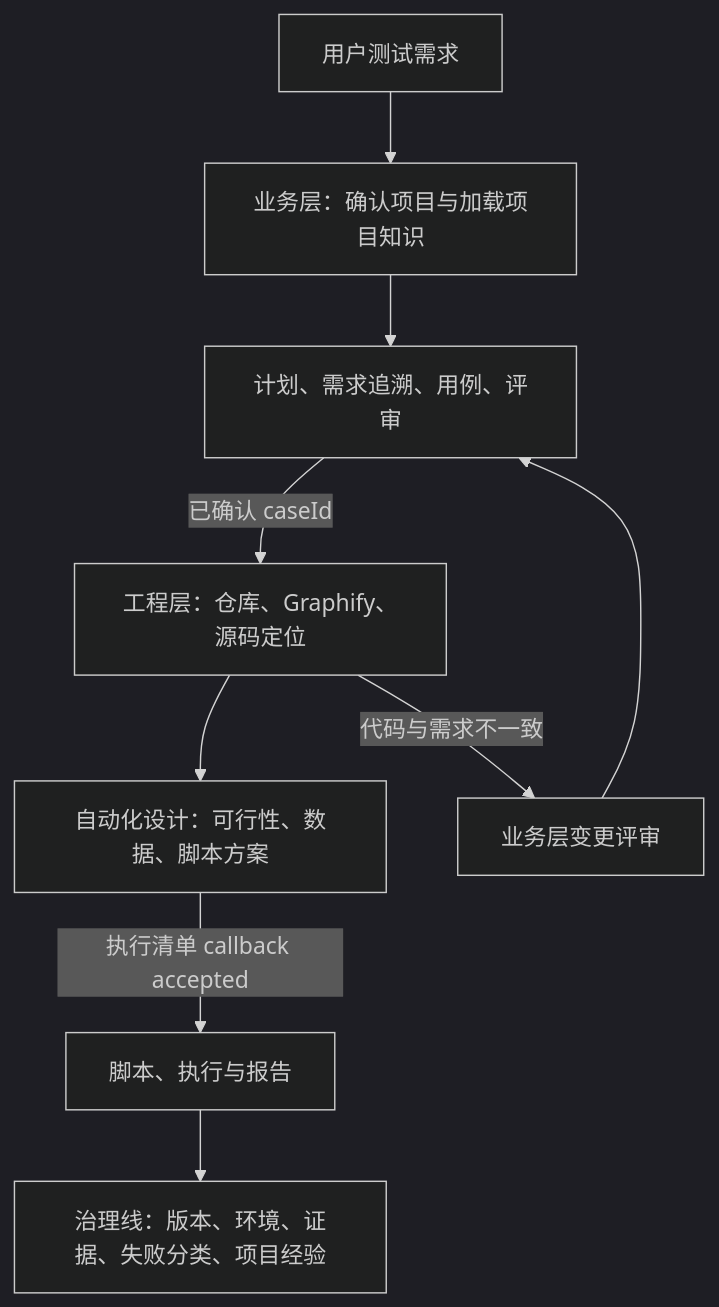
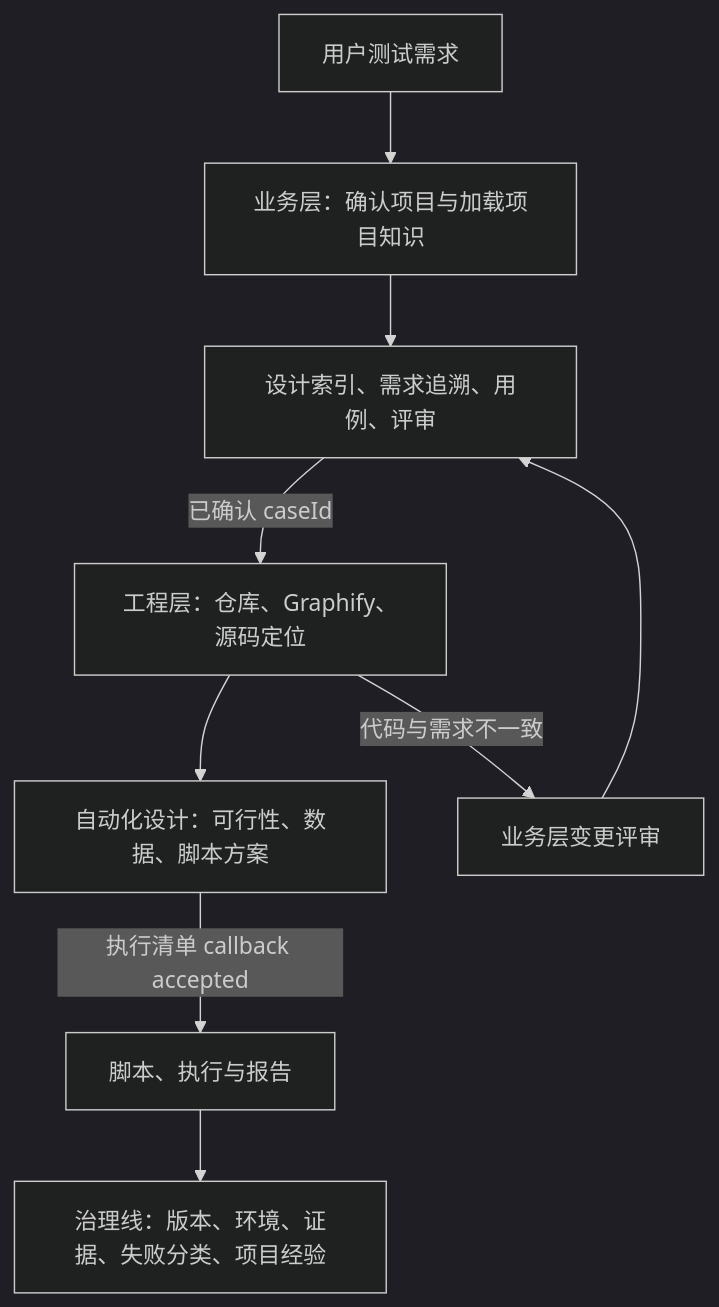
One commit to h1-count/automation-tests changed the diagram in docs/testing/automation-guideline.md. Above: the diagram before and after it, drawn with Mermaid (dark theme). The commit also changed other lines of this file and 65 other files, not shown here.

````diff
--- a/docs/testing/automation-guideline.md
+++ b/docs/testing/automation-guideline.md
@@ -241,11 +249,11 @@
 ```mermaid
 flowchart TD
     A[用户测试需求] --> B[业务层：确认项目与加载项目知识]
-    B --> C[计划、需求追溯、用例、评审]
+    B --> C[设计索引、需求追溯、用例、评审]
     C -->|已确认 caseId| D[工程层：仓库、Graphify、源码定位]
     D --> E[自动化设计：可行性、数据、脚本方案]
     E -->|执行清单 callback accepted| F[脚本、执行与报告]
     F --> G[治理线：版本、环境、证据、失败分类、项目经验]
     D -->|代码与需求不一致| H[业务层变更评审]
     H --> C
 ```
````
